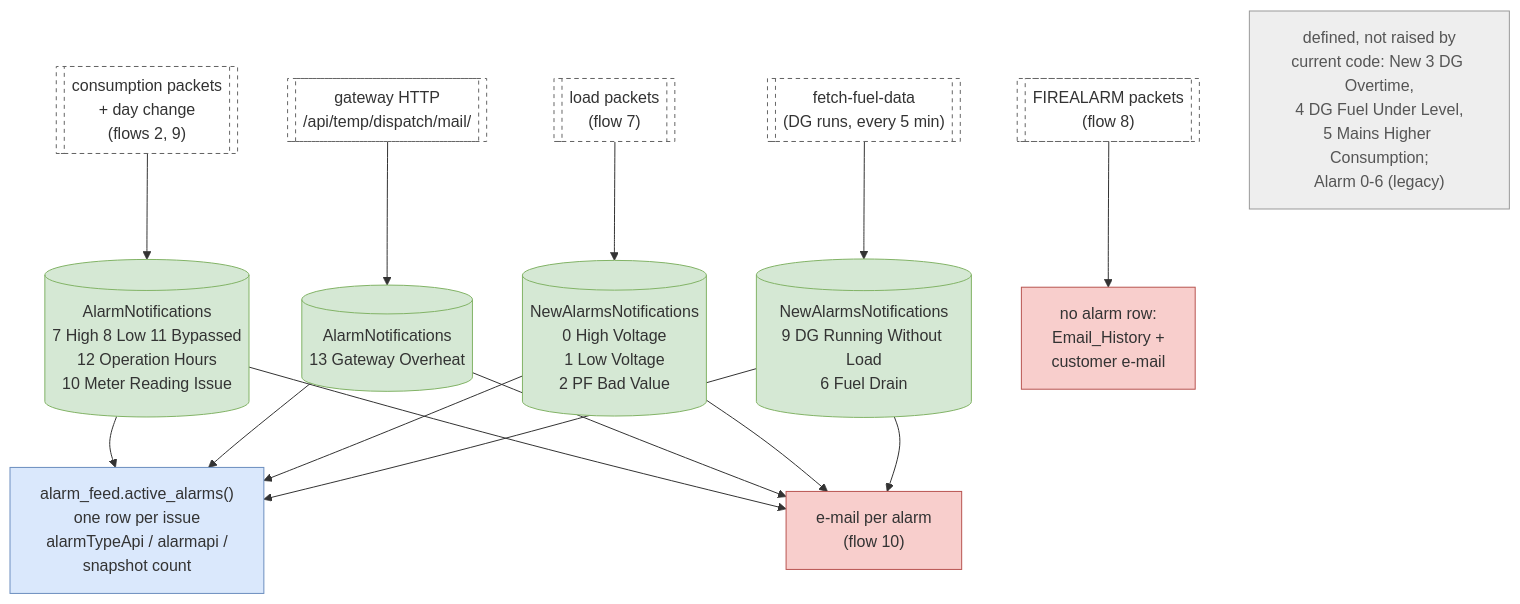
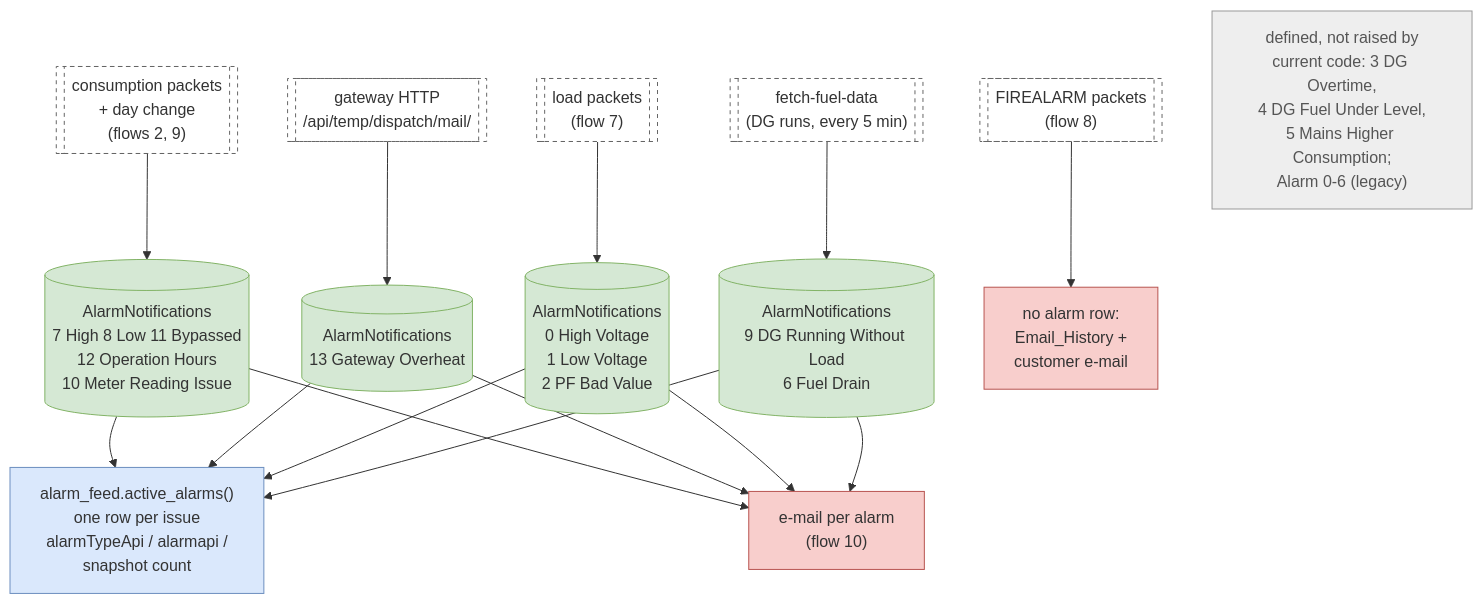
One commit to ashutoshdubey-aviconn/AVC-backend changed diagram 15 of 22 in docs/mqtt-flows/README.md. Above: the diagram before and after it, drawn with Mermaid. The commit also changed other lines of this file and 20 other files, not shown here.

First line of the commit message:
One alarm table: power / DG alarms move into AlarmNotifications

````diff
--- a/docs/mqtt-flows/README.md
+++ b/docs/mqtt-flows/README.md
@@ -1125,39 +1126,39 @@
 ```mermaid
 flowchart TD
     c[["consumption packets<br/>+ day change<br/>(flows 2, 9)"]]
     g[["gateway HTTP<br/>/api/temp/dispatch/mail/"]]
     l[["load packets<br/>(flow 7)"]]
     f[["fetch-fuel-data<br/>(DG runs, every 5 min)"]]
     fa[["FIREALARM packets<br/>(flow 8)"]]
     a1[("AlarmNotifications<br/>7 High  8 Low  11 Bypassed<br/>12 Operation Hours<br/>10 Meter Reading Issue")]
     a2[("AlarmNotifications<br/>13 Gateway Overheat")]
-    n1[("NewAlarmsNotifications<br/>0 High Voltage<br/>1 Low Voltage<br/>2 PF Bad Value")]
-    n2[("NewAlarmsNotifications<br/>9 DG Running Without Load<br/>6 Fuel Drain")]
+    n1[("AlarmNotifications<br/>0 High Voltage<br/>1 Low Voltage<br/>2 PF Bad Value")]
+    n2[("AlarmNotifications<br/>9 DG Running Without Load<br/>6 Fuel Drain")]
     fe["no alarm row:<br/>Email_History +<br/>customer e-mail"]
     feed["alarm_feed.active_alarms()<br/>one row per issue<br/>alarmTypeApi / alarmapi /<br/>snapshot count"]
     mail["e-mail per alarm<br/>(flow 10)"]
-    unused["defined, not raised by<br/>current code: New 3 DG Overtime,<br/>4 DG Fuel Under Level,<br/>5 Mains Higher Consumption;<br/>Alarm 0-6 (legacy)"]
+    unused["defined, not raised by<br/>current code: 3 DG Overtime,<br/>4 DG Fuel Under Level,<br/>5 Mains Higher Consumption;<br/>Alarm 0-6 (legacy)"]
     c --> a1
     g --> a2
     l --> n1
     f --> n2
     fa --> fe
     a1 --> feed
     a2 --> feed
     n1 --> feed
     n2 --> feed
     a1 --> mail
     a2 --> mail
     n1 --> mail
     n2 --> mail
     classDef db fill:#d5e8d4,stroke:#82b366
     class a1,a2,n1,n2 db
     classDef alarm fill:#f8cecc,stroke:#b85450
     class fe,mail alarm
     classDef ext fill:#ffffff,stroke:#666,stroke-dasharray:4
     class c,g,l,f,fa ext
     classDef skip fill:#eee,stroke:#999,color:#555
     class unused skip
     classDef process fill:#dae8fc,stroke:#6c8ebf
     class feed process
 ```
````
